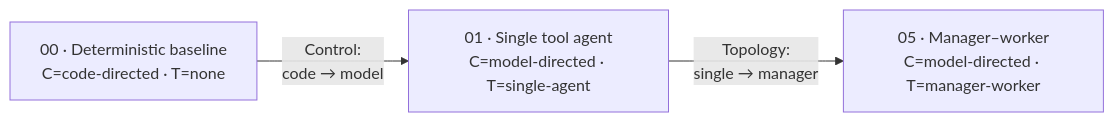
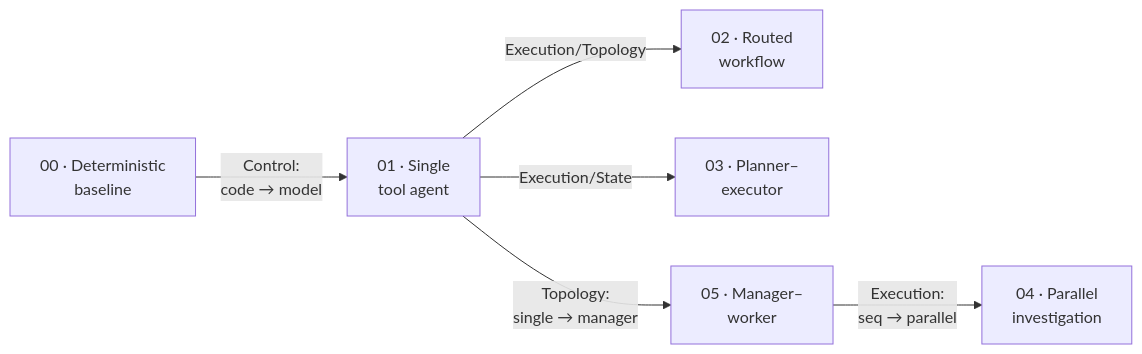
Before and after one commit to jtaylorisbell/agentic-facets: the diagram in README.md, drawn with Mermaid. The commit also changed other lines of this file and 27 other files, not shown here.

First line of the commit message:
Add recipes 02 (routed), 03 (planner-executor), 04 (parallel)

````diff
--- a/README.md
+++ b/README.md
@@ -41,8 +41,14 @@
 ```mermaid
 flowchart LR
-    R0["00 · Deterministic baseline<br/>C=code-directed · T=none"]
-    R1["01 · Single tool agent<br/>C=model-directed · T=single-agent"]
-    R5["05 · Manager–worker<br/>C=model-directed · T=manager-worker"]
+    R0["00 · Deterministic<br/>baseline"]
+    R1["01 · Single<br/>tool agent"]
+    R2["02 · Routed<br/>workflow"]
+    R3["03 · Planner–<br/>executor"]
+    R4["04 · Parallel<br/>investigation"]
+    R5["05 · Manager–<br/>worker"]
     R0 -->|"Control:<br/>code → model"| R1
+    R1 -->|"Execution/Topology"| R2
+    R1 -->|"Execution/State"| R3
+    R5 -->|"Execution:<br/>seq → parallel"| R4
     R1 -->|"Topology:<br/>single → manager"| R5
 ```
````
